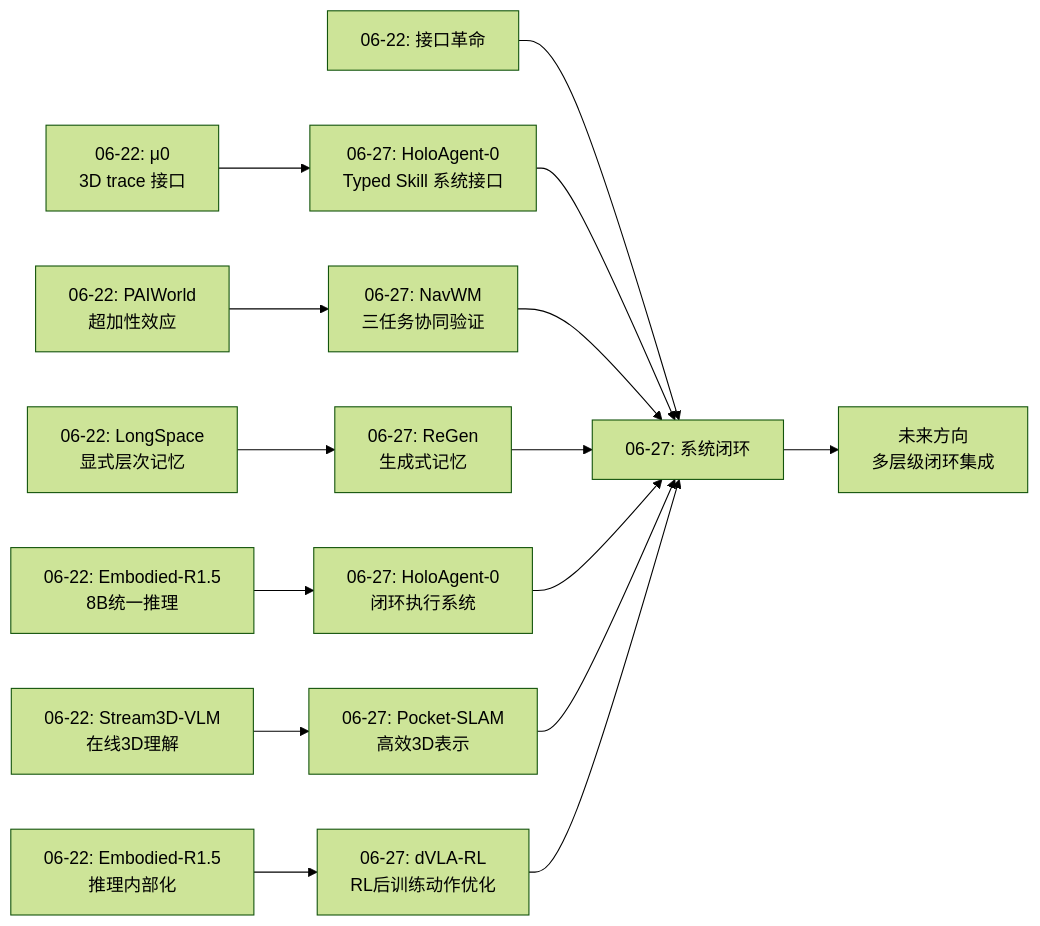
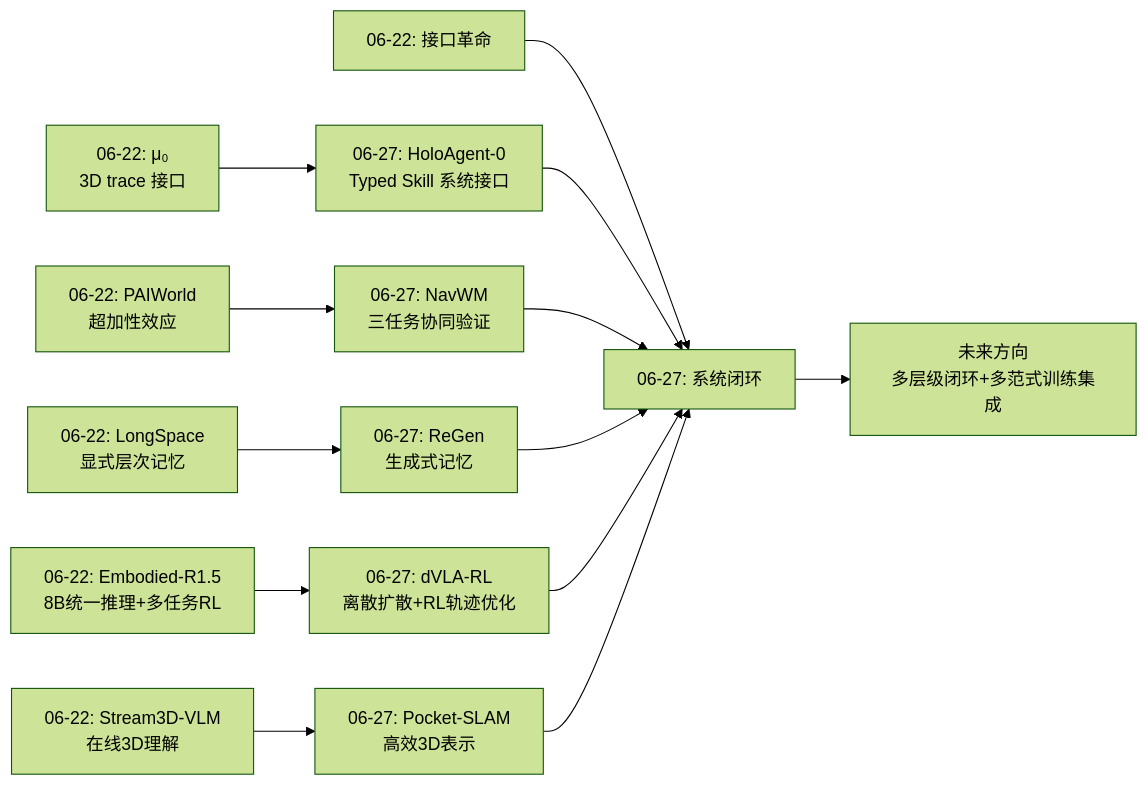
Before and after one commit to ahangchen/spatial_agi: the second of 5 diagrams in daily_thinking/2026-06-27.md, drawn with Mermaid (forest theme). The commit also changed other lines of this file and 6 other files, not shown here.

````diff
--- a/daily_thinking/2026-06-27.md
+++ b/daily_thinking/2026-06-27.md
@@ -222,17 +246,15 @@
 ```mermaid
 graph LR
-    A["06-22: μ0<br/>3D trace 接口"] --> B["06-27: HoloAgent-0<br/>Typed Skill 系统接口"]
+    A["06-22: μ₀<br/>3D trace 接口"] --> B["06-27: HoloAgent-0<br/>Typed Skill 系统接口"]
     C["06-22: PAIWorld<br/>超加性效应"] --> D["06-27: NavWM<br/>三任务协同验证"]
     E["06-22: LongSpace<br/>显式层次记忆"] --> F["06-27: ReGen<br/>生成式记忆"]
-    G["06-22: Embodied-R1.5<br/>8B统一推理"] --> H["06-27: HoloAgent-0<br/>闭环执行系统"]
+    G["06-22: Embodied-R1.5<br/>8B统一推理+多任务RL"] --> H["06-27: dVLA-RL<br/>离散扩散+RL轨迹优化"]
     I["06-22: Stream3D-VLM<br/>在线3D理解"] --> J["06-27: Pocket-SLAM<br/>高效3D表示"]
-    N["06-22: Embodied-R1.5<br/>推理内部化"] --> O["06-27: dVLA-RL<br/>RL后训练动作优化"]
     K["06-22: 接口革命"] --> L["06-27: 系统闭环"]
     B --> L
     D --> L
     F --> L
     H --> L
     J --> L
-    O --> L
-    L --> M["未来方向<br/>多层级闭环集成"]
+    L --> M["未来方向<br/>多层级闭环+多范式训练集成"]
 ```
````
